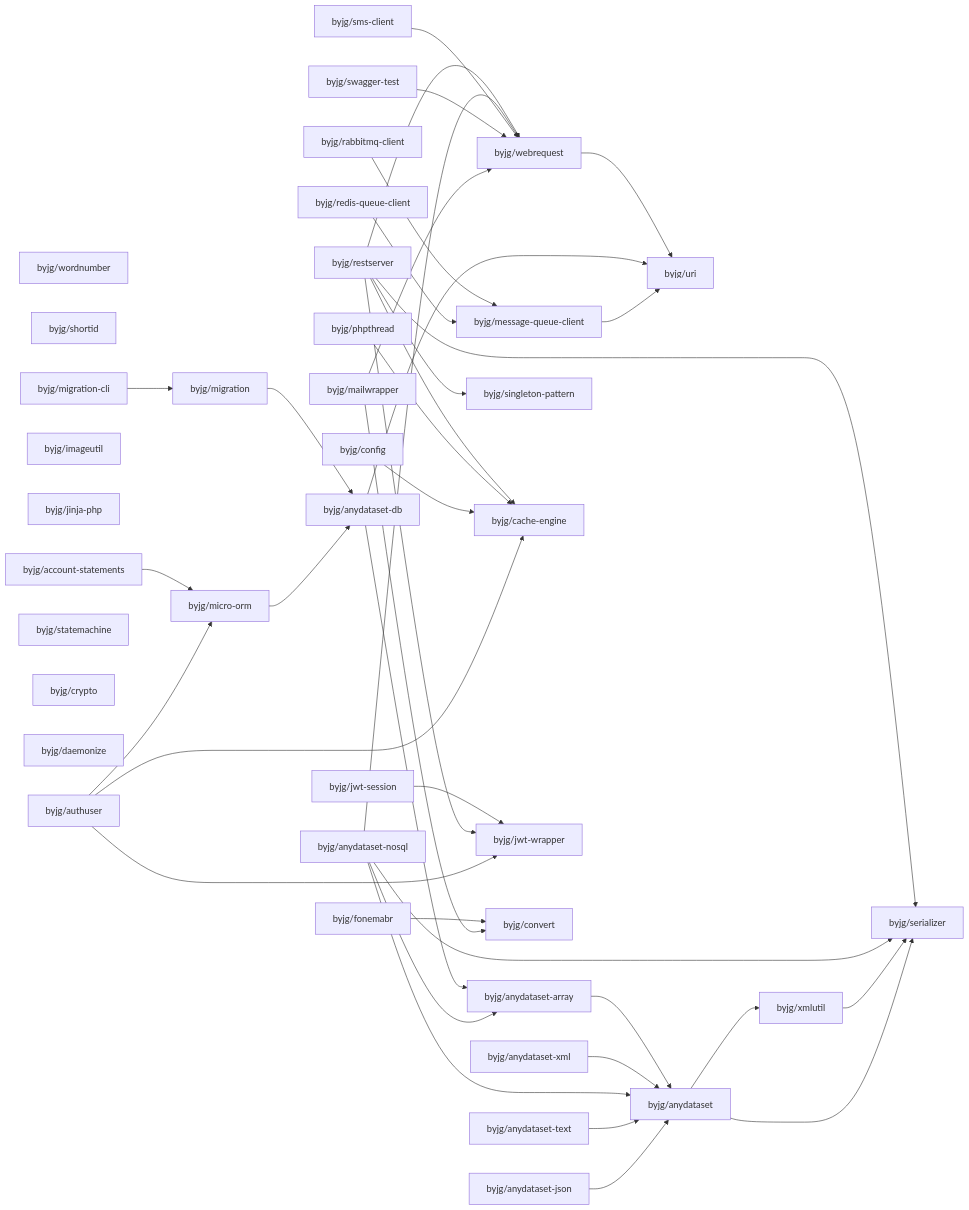
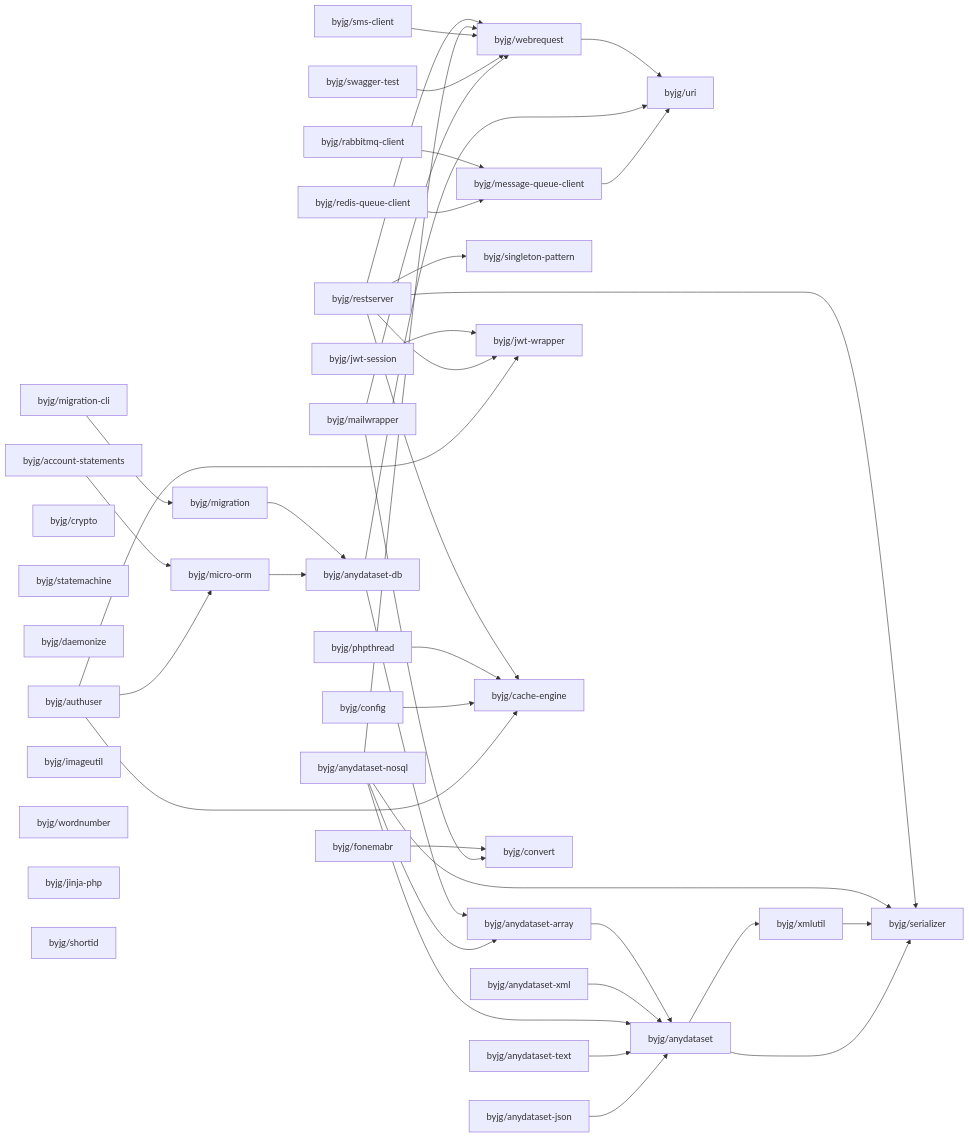
The diagram in docs/php/README.md (byjg/byjg.github.io), drawn with Mermaid before and after one commit. The commit also changed other lines of this file and 1 other file, not shown here.

Commit message:
Update documentation 'php' 'php-wordnumber'

````diff
--- a/docs/php/README.md
+++ b/docs/php/README.md
@@ -3,78 +3,78 @@
 ```mermaid
 graph LR;
+  byjg/sms-client;
+  byjg/swagger-test;
+  byjg/migration-cli;
+  byjg/account-statements;
+  byjg/anydataset-text;
+  byjg/crypto;
+  byjg/statemachine;
+  byjg/fonemabr;
+  byjg/anydataset-xml;
+  byjg/config;
+  byjg/redis-queue-client;
+  byjg/daemonize;
+  byjg/restserver;
+  byjg/authuser;
+  byjg/imageutil;
+  byjg/rabbitmq-client;
+  byjg/jwt-session;
   byjg/wordnumber;
-  byjg/anydataset-text;
+  byjg/phpthread;
+  byjg/anydataset-json;
+  byjg/anydataset-nosql;
+  byjg/jinja-php;
+  byjg/mailwrapper;
   byjg/shortid;
-  byjg/redis-queue-client;
-  byjg/anydataset-json;
-  byjg/account-statements;
-  byjg/anydataset-nosql;
-  byjg/swagger-test;
-  byjg/imageutil;
-  byjg/jinja-php;
-  byjg/jwt-session;
-  byjg/anydataset-xml;
-  byjg/rabbitmq-client;
-  byjg/phpthread;
-  byjg/sms-client;
-  byjg/authuser;
-  byjg/statemachine;
-  byjg/config;
-  byjg/restserver;
-  byjg/fonemabr;
-  byjg/mailwrapper;
-  byjg/crypto;
-  byjg/daemonize;
-  byjg/migration-cli;
+  byjg/migration;
+  byjg/singleton-pattern;
+  byjg/micro-orm;
   byjg/message-queue-client;
-  byjg/micro-orm;
-  byjg/singleton-pattern;
+  byjg/jwt-wrapper;
   byjg/cache-engine;
-  byjg/jwt-wrapper;
   byjg/convert;
   byjg/webrequest;
-  byjg/migration;
   byjg/anydataset-db;
   byjg/anydataset-array;
   byjg/uri;
   byjg/anydataset;
   byjg/xmlutil;
   byjg/serializer;
   byjg/account-statements --> byjg/micro-orm;
   byjg/fonemabr --> byjg/convert;
   byjg/webrequest --> byjg/uri;
   byjg/anydataset-array --> byjg/anydataset;
   byjg/anydataset-xml --> byjg/anydataset;
   byjg/rabbitmq-client --> byjg/message-queue-client;
   byjg/redis-queue-client --> byjg/message-queue-client;
   byjg/jwt-session --> byjg/jwt-wrapper;
   byjg/anydataset-db --> byjg/anydataset-array;
   byjg/anydataset-db --> byjg/uri;
   byjg/restserver --> byjg/serializer;
   byjg/restserver --> byjg/singleton-pattern;
   byjg/restserver --> byjg/cache-engine;
   byjg/restserver --> byjg/webrequest;
   byjg/restserver --> byjg/jwt-wrapper;
   byjg/migration --> byjg/anydataset-db;
   byjg/anydataset-nosql --> byjg/anydataset;
   byjg/anydataset-nosql --> byjg/anydataset-array;
   byjg/anydataset-nosql --> byjg/serializer;
   byjg/anydataset-nosql --> byjg/webrequest;
   byjg/phpthread --> byjg/cache-engine;
   byjg/sms-client --> byjg/webrequest;
   byjg/swagger-test --> byjg/webrequest;
   byjg/migration-cli --> byjg/migration;
   byjg/config --> byjg/cache-engine;
   byjg/anydataset-text --> byjg/anydataset;
   byjg/micro-orm --> byjg/anydataset-db;
   byjg/authuser --> byjg/micro-orm;
   byjg/authuser --> byjg/cache-engine;
   byjg/authuser --> byjg/jwt-wrapper;
   byjg/anydataset-json --> byjg/anydataset;
   byjg/mailwrapper --> byjg/convert;
   byjg/mailwrapper --> byjg/webrequest;
   byjg/xmlutil --> byjg/serializer;
   byjg/anydataset --> byjg/serializer;
   byjg/anydataset --> byjg/xmlutil;
   byjg/message-queue-client --> byjg/uri;
 ```
````
